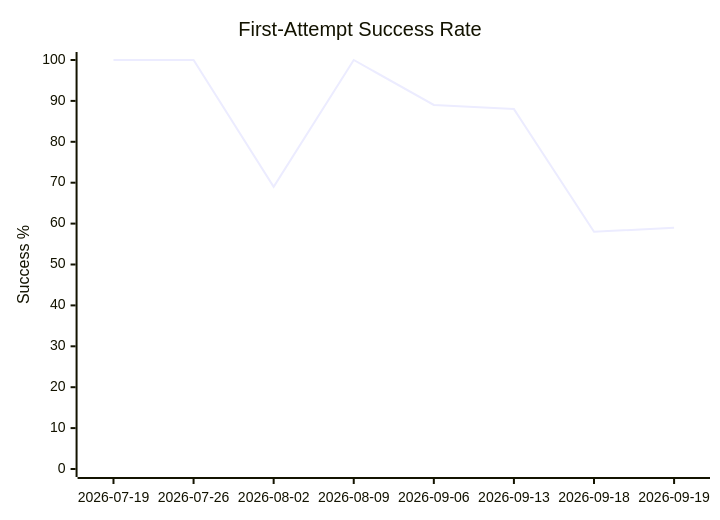
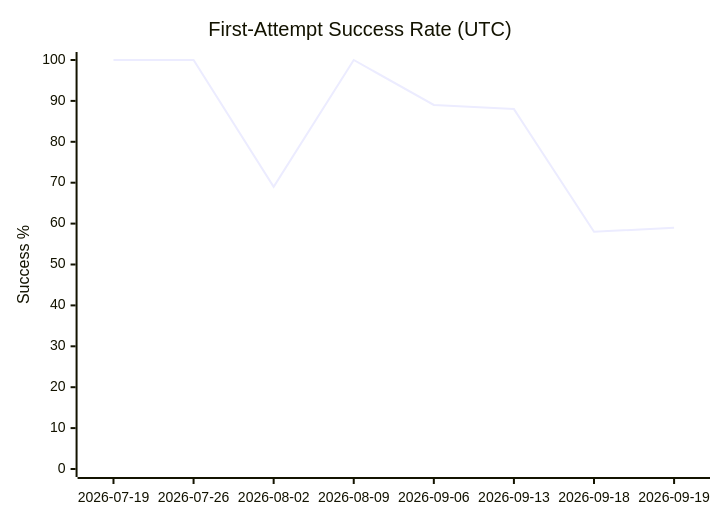
Before and after one commit to Sanctum-Origo-Systems/autoloop: the first of 3 diagrams in EVAL.md, drawn with Mermaid. The commit also changed other lines of this file, not shown here.

````diff
--- a/EVAL.md
+++ b/EVAL.md
@@ -31,7 +31,7 @@
 ```mermaid
 xychart-beta
-    title "First-Attempt Success Rate"
+    title "First-Attempt Success Rate (UTC)"
     x-axis ["2026-07-19", "2026-07-26", "2026-08-02", "2026-08-09", "2026-09-06", "2026-09-13", "2026-09-18", "2026-09-19"]
     y-axis "Success %" 0 --> 100
     line [100, 100, 69, 100, 89, 88, 58, 59]
 ```
````
